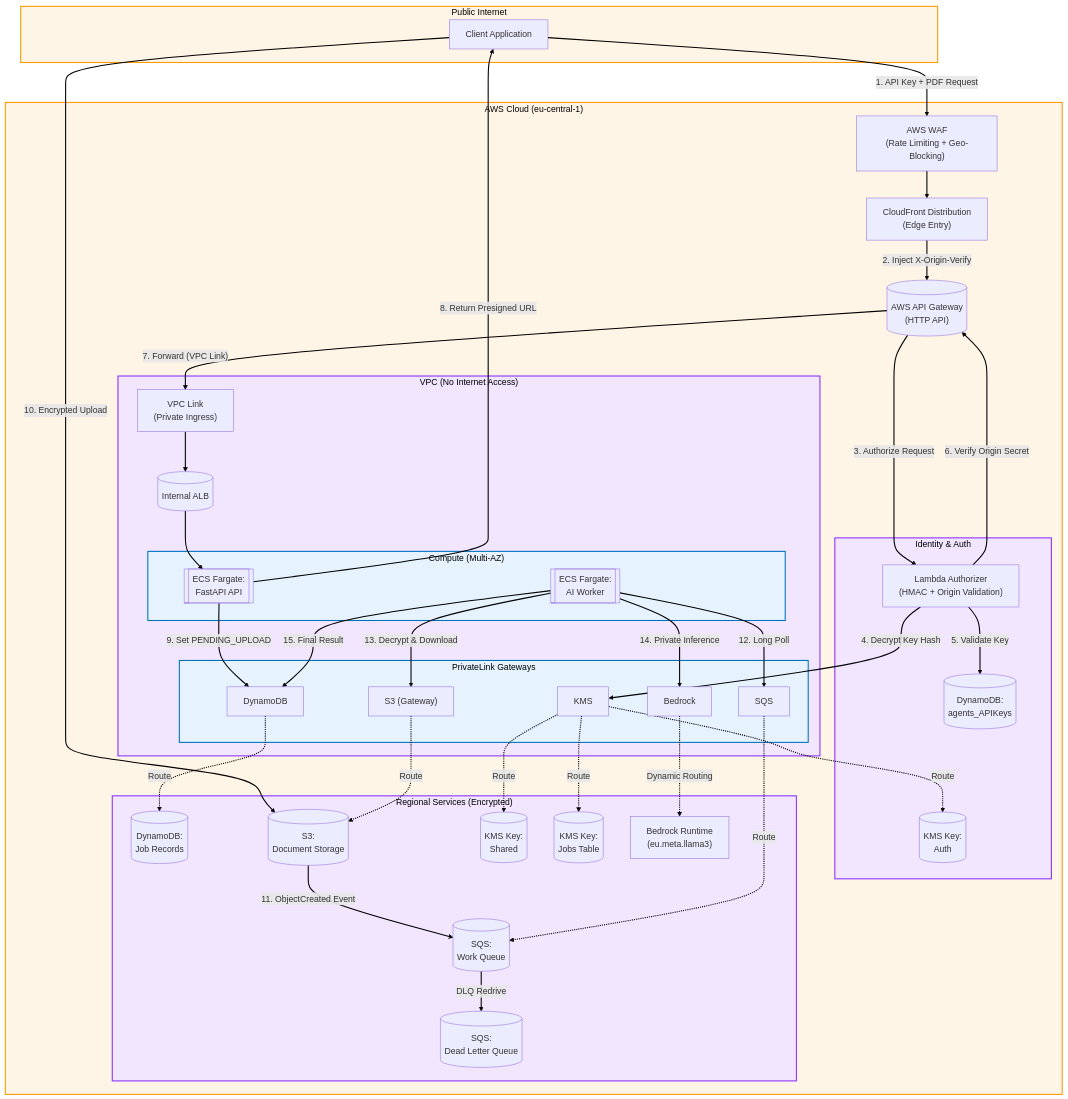
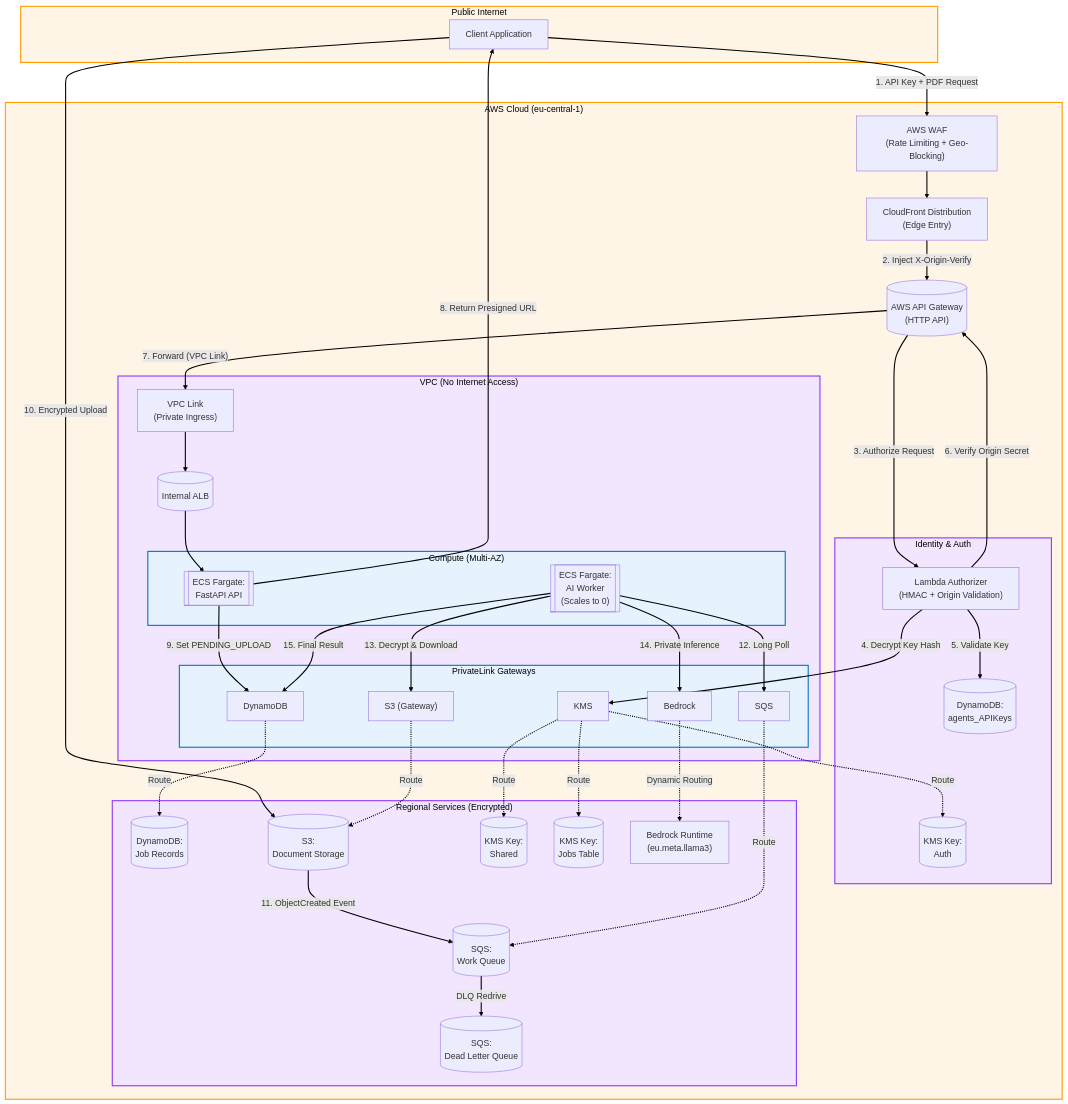
The diagram in README.md (SteliosSpanos/secure-agents), drawn with Mermaid before and after one commit. The commit also changed other lines of this file, not shown here.

```diff
--- a/README.md
+++ b/README.md
@@ -60,7 +75,7 @@
 
       subgraph PrivateSubnets["Compute (Multi-AZ)"]
         ApiService[["ECS Fargate:<br>FastAPI API"]]
-        WorkerService[["ECS Fargate:<br>AI Worker"]]
+        WorkerService[["ECS Fargate:<br>AI Worker<br>(Scales to 0)"]]
       end
       class PrivateSubnets blue;
     end
```
